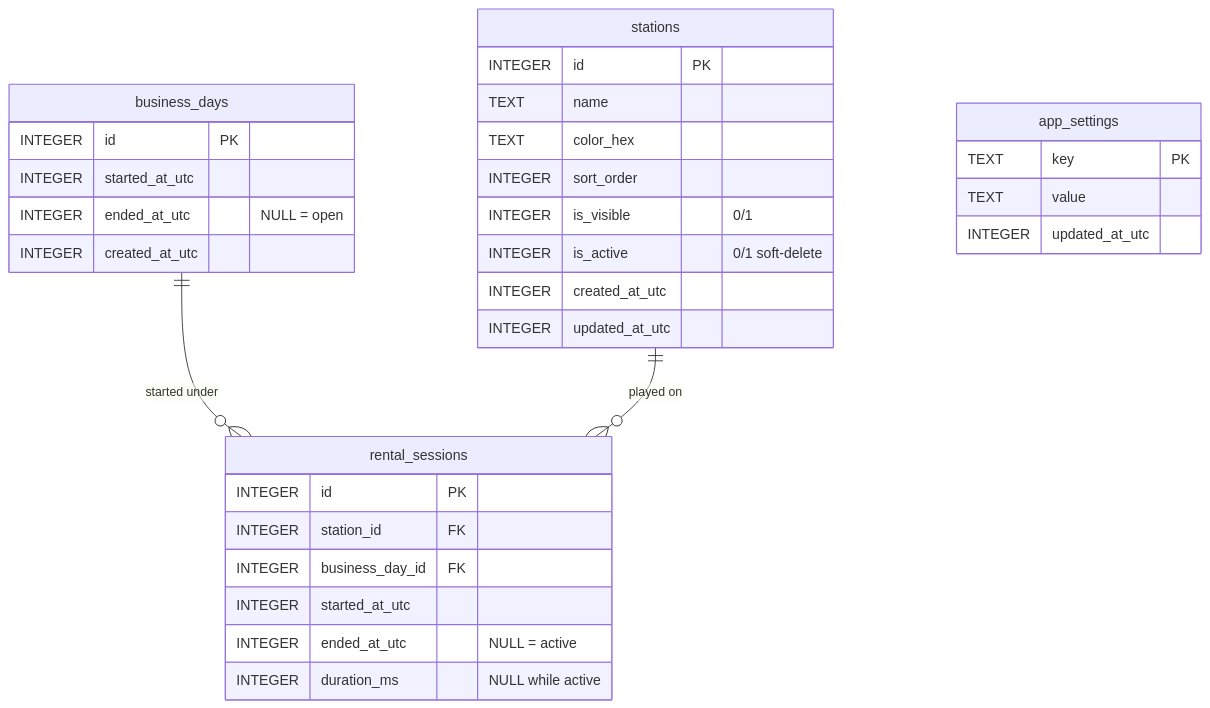
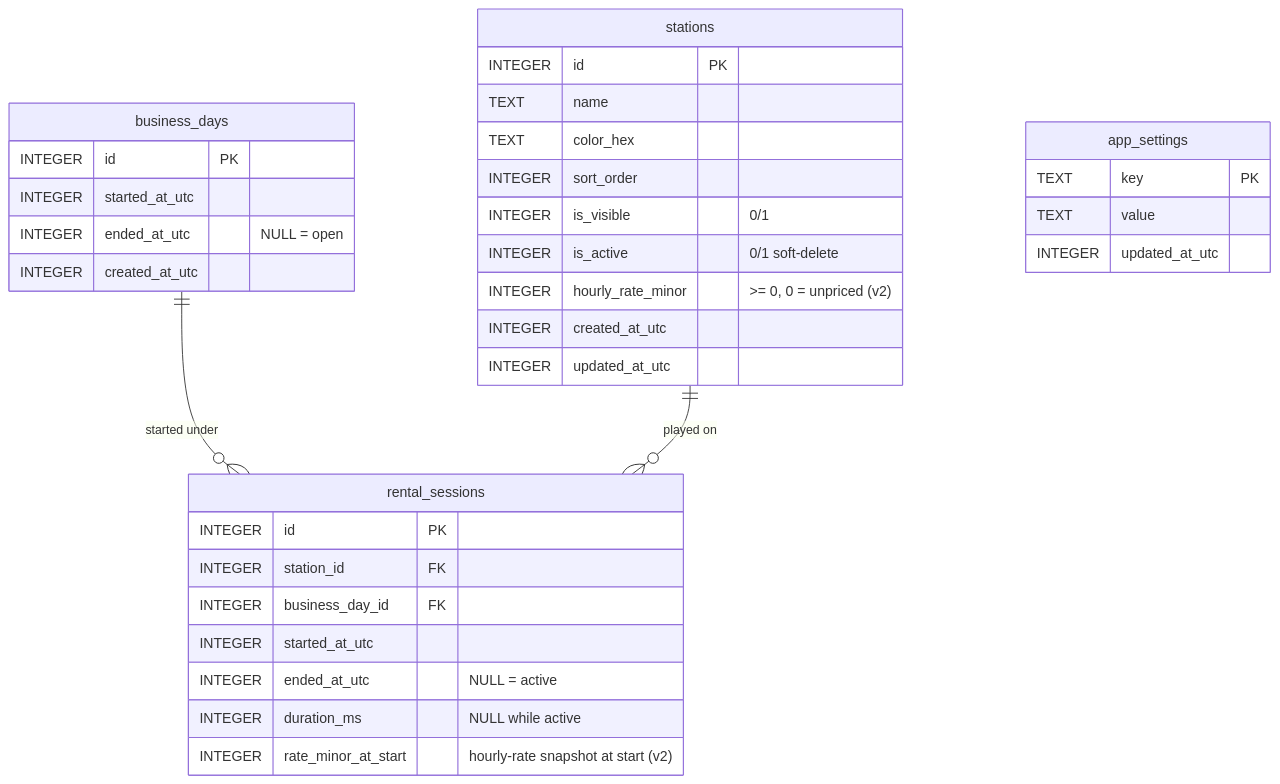
The diagram in docs/DATA_MODEL.md (bassim-ghaly-14/ps-cafe), drawn with Mermaid before and after one commit. The commit also changed other lines of this file and 29 other files, not shown here.

````diff
--- a/docs/DATA_MODEL.md
+++ b/docs/DATA_MODEL.md
@@ -4,34 +4,36 @@
 ```mermaid
 erDiagram
   business_days ||--o{ rental_sessions : "started under"
   stations ||--o{ rental_sessions : "played on"
   business_days {
     INTEGER id PK
     INTEGER started_at_utc
     INTEGER ended_at_utc "NULL = open"
     INTEGER created_at_utc
   }
   stations {
     INTEGER id PK
     TEXT name
     TEXT color_hex
     INTEGER sort_order
     INTEGER is_visible "0/1"
     INTEGER is_active "0/1 soft-delete"
+    INTEGER hourly_rate_minor ">= 0, 0 = unpriced (v2)"
     INTEGER created_at_utc
     INTEGER updated_at_utc
   }
   rental_sessions {
     INTEGER id PK
     INTEGER station_id FK
     INTEGER business_day_id FK
     INTEGER started_at_utc
     INTEGER ended_at_utc "NULL = active"
     INTEGER duration_ms "NULL while active"
+    INTEGER rate_minor_at_start "hourly-rate snapshot at start (v2)"
   }
   app_settings {
     TEXT key PK
     TEXT value
     INTEGER updated_at_utc
   }
 ```
````
